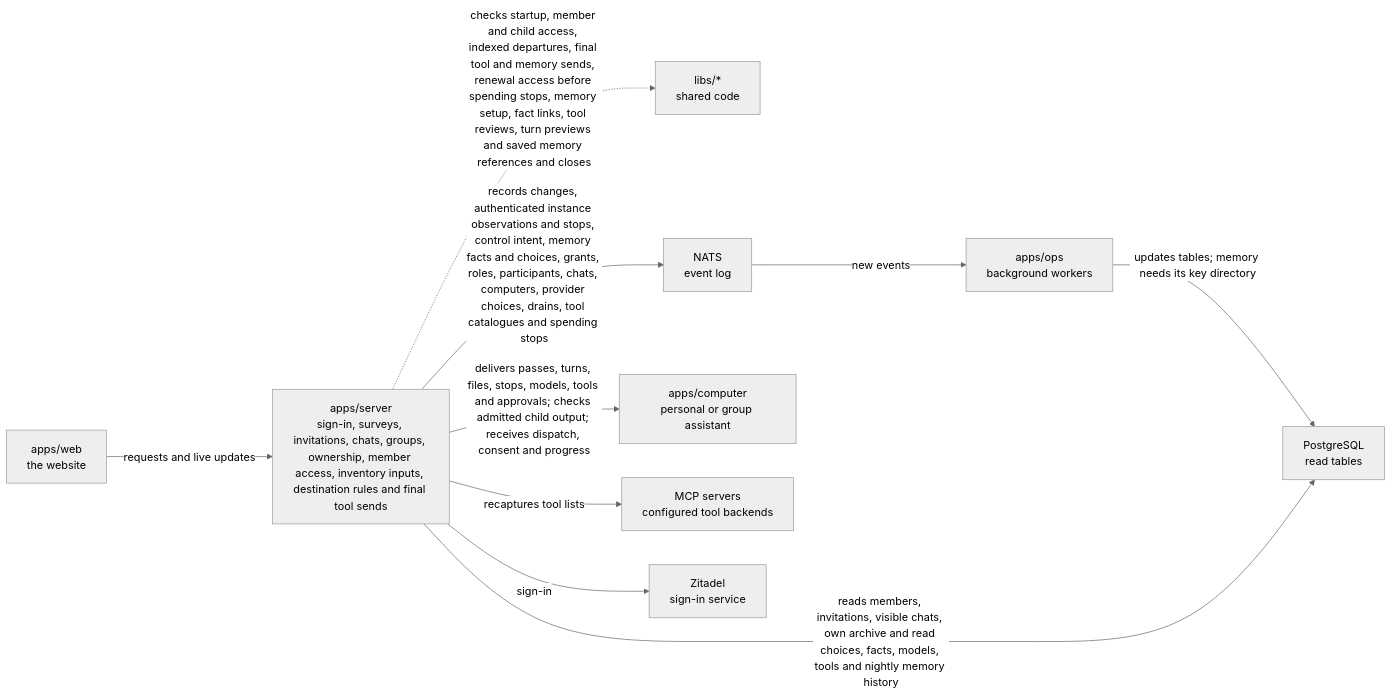
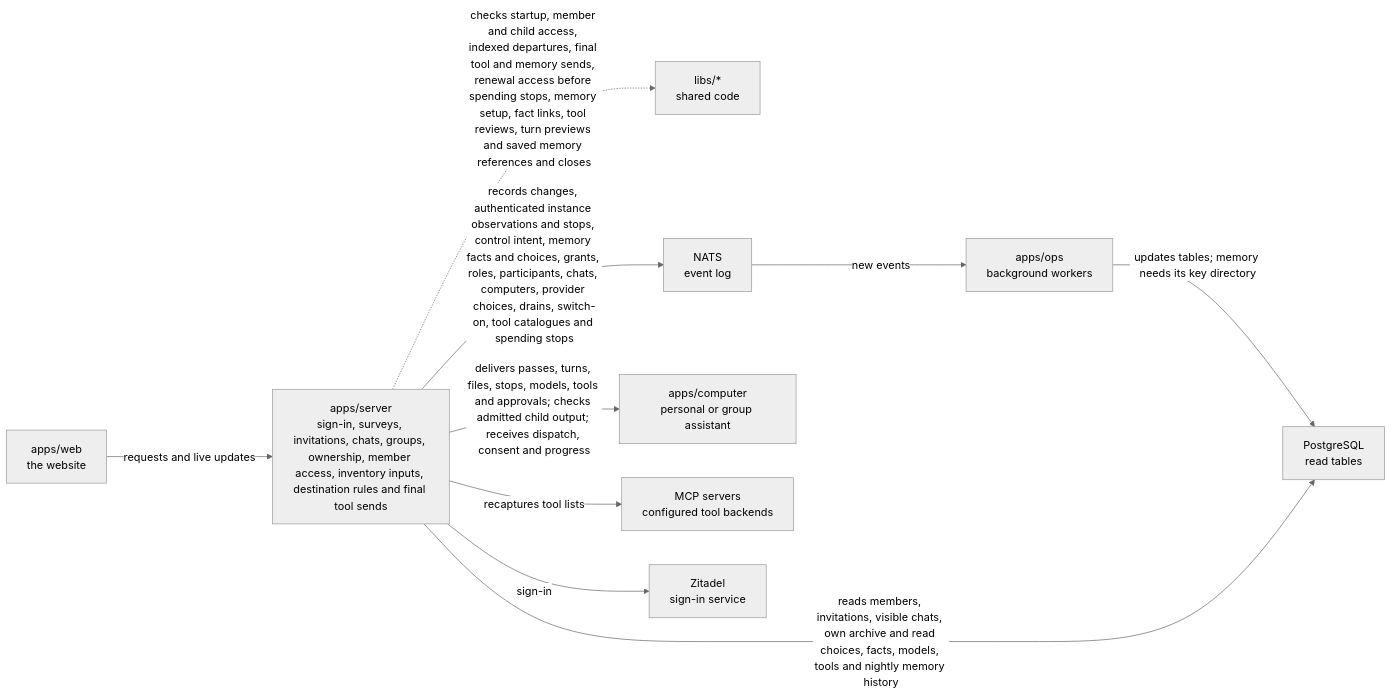
The diagram in apps/server/README.md (elewa-git/opencrane-new), drawn with Mermaid (neutral theme) before and after one commit. The commit also changed other lines of this file and 11 other files, not shown here.

Commit message:
🔌 Record provider switch-on only after a checked drain

````diff
--- a/apps/server/README.md
+++ b/apps/server/README.md
@@ -11,12 +11,12 @@
 ```mermaid
 flowchart LR
   web["apps/web<br/>the website"] -->|requests and live updates| server["apps/server<br/>sign-in, surveys, invitations, chats, groups, ownership, member access, inventory inputs, destination rules and final tool sends"]
   server -.->|checks startup, member and child access, indexed departures, final tool and memory sends, renewal access before spending stops, memory setup, fact links, tool reviews, turn previews and saved memory references and closes| libs["libs/*<br/>shared code"]
-  server -->|records changes, authenticated instance observations and stops, control intent, memory facts and choices, grants, roles, participants, chats, computers, provider choices, drains, tool catalogues and spending stops| nats["NATS<br/>event log"]
+  server -->|records changes, authenticated instance observations and stops, control intent, memory facts and choices, grants, roles, participants, chats, computers, provider choices, drains, switch-on, tool catalogues and spending stops| nats["NATS<br/>event log"]
   nats -->|new events| ops["apps/ops<br/>background workers"]
   ops -->|updates tables; memory needs its key directory| postgres["PostgreSQL<br/>read tables"]
   server -->|reads members, invitations, visible chats, own archive and read choices, facts, models, tools and nightly memory history| postgres
   server -->|delivers passes, turns, files, stops, models, tools and approvals; checks admitted child output; receives dispatch, consent and progress| computer["apps/computer<br/>personal or group assistant"]
   server -->|recaptures tool lists| mcp["MCP servers<br/>configured tool backends"]
   server -->|sign-in| zitadel["Zitadel<br/>sign-in service"]
 ```
````
